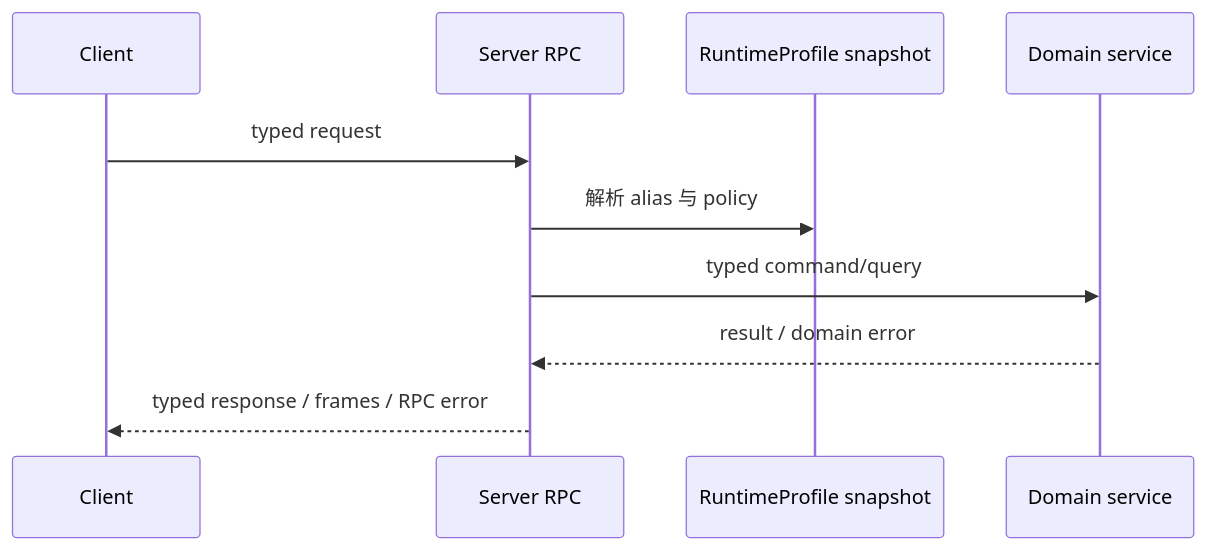
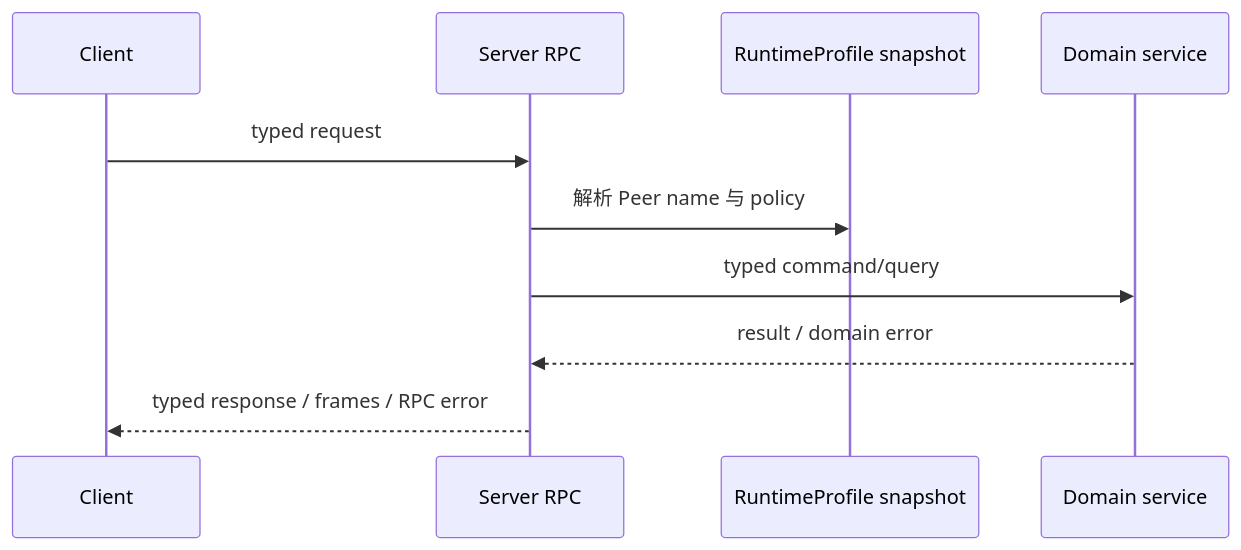
One commit to GizClaw/gizclaw changed the diagram in guides/zh/developing/api/proto/rpc/server-provided-to-client.md. Above: the diagram before and after it, drawn with Mermaid. The commit also changed other lines of this file and 418 other files, not shown here.

````diff
--- a/guides/zh/developing/api/proto/rpc/server-provided-to-client.md
+++ b/guides/zh/developing/api/proto/rpc/server-provided-to-client.md
@@ -17,12 +17,12 @@
 ```mermaid
 sequenceDiagram
     participant Client
     participant RPC as Server RPC
     participant Profile as RuntimeProfile snapshot
     participant Service as Domain service
     Client->>RPC: typed request
-    RPC->>Profile: 解析 alias 与 policy
+    RPC->>Profile: 解析 Peer name 与 policy
     RPC->>Service: typed command/query
     Service-->>RPC: result / domain error
     RPC-->>Client: typed response / frames / RPC error
 ```
````
